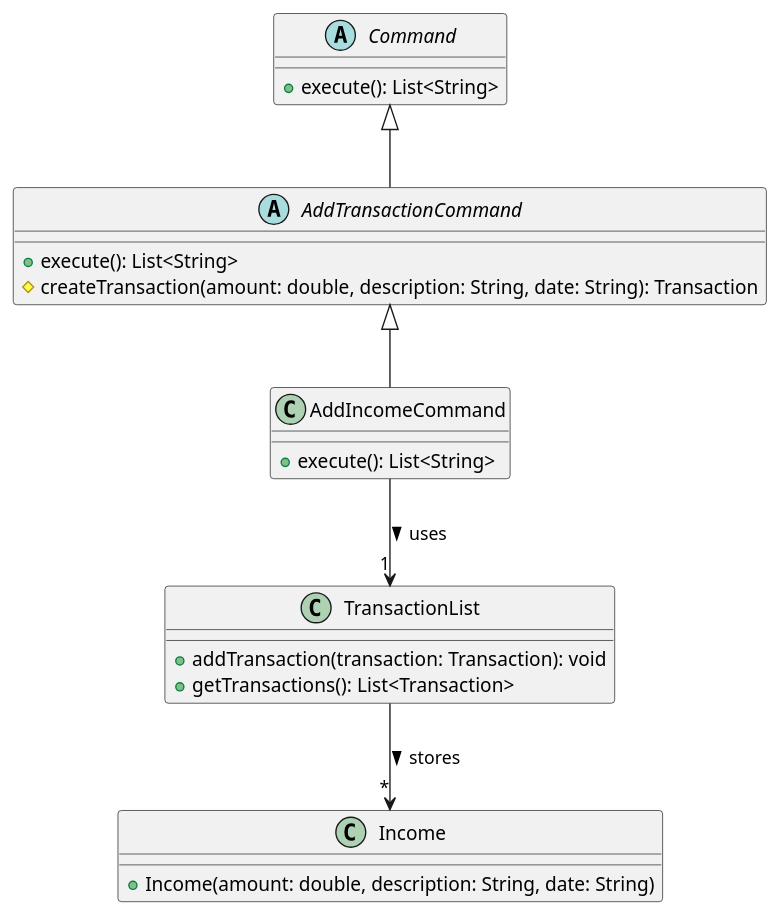
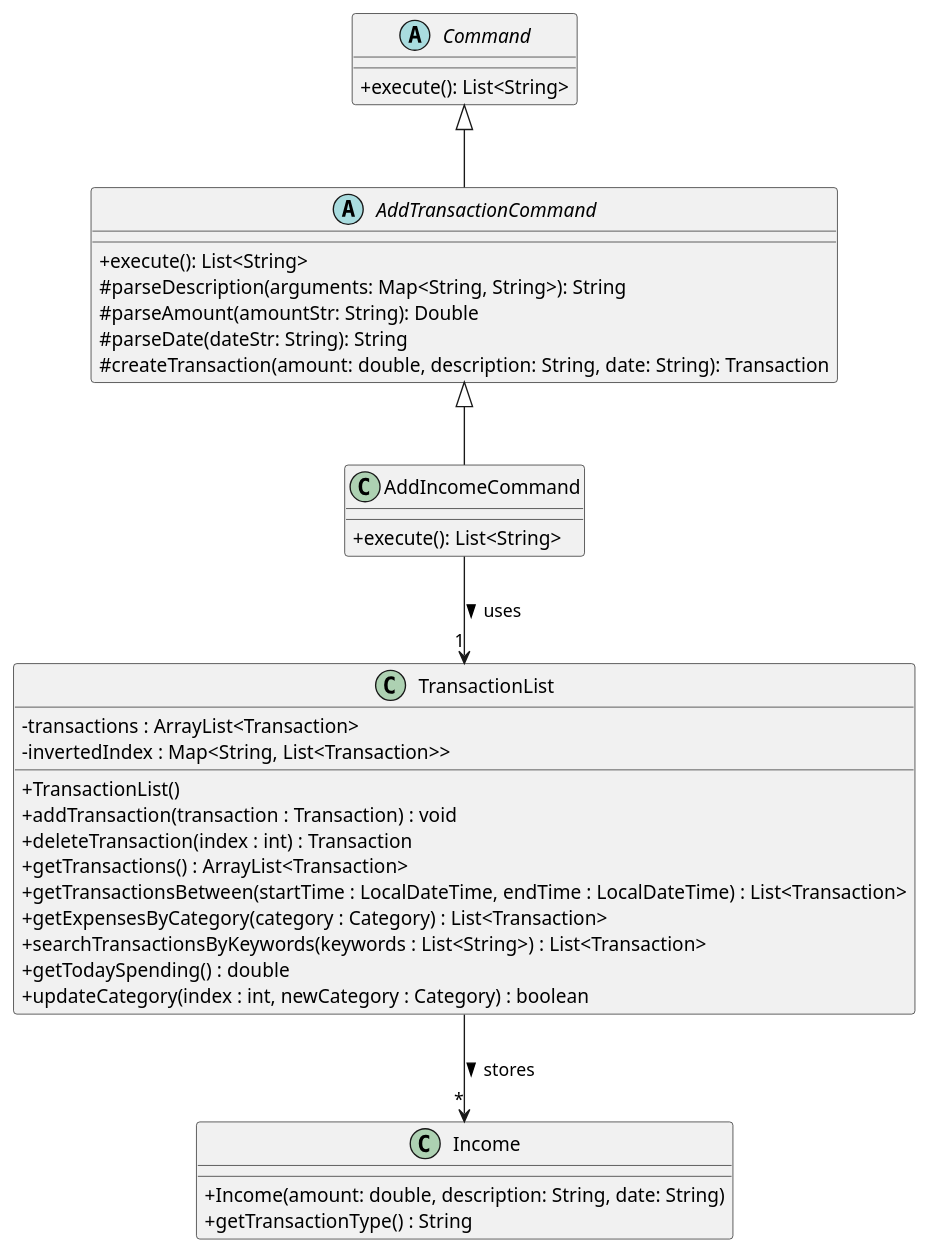
One commit to nus-cs2113-AY2425S1/tp changed the first of 2 diagrams in docs/plantUMLCode/addincomecommand-class-diagram.puml. Above: the diagram before and after it, drawn with PlantUML. The commit also changed 1 other file, not shown here.

Commit message:
Update AddIncomeCommand Class Diagram

```diff
--- a/docs/plantUMLCode/addincomecommand-class-diagram.puml
+++ b/docs/plantUMLCode/addincomecommand-class-diagram.puml
@@ -1,28 +1,44 @@
 @startuml
+skinparam classAttributeIconSize 0
 abstract class Command {
     + execute(): List<String>
 }
 
 abstract class AddTransactionCommand {
+
     + execute(): List<String>
+    # parseDescription(arguments: Map<String, String>): String
+    # parseAmount(amountStr: String): Double
+    # parseDate(dateStr: String): String
     # createTransaction(amount: double, description: String, date: String): Transaction
 }
 
 class AddIncomeCommand {
     + execute(): List<String>
 }
 
 class TransactionList {
-    + addTransaction(transaction: Transaction): void
-    + getTransactions(): List<Transaction>
+    - transactions : ArrayList<Transaction>
+    - invertedIndex : Map<String, List<Transaction>>
+
+    + TransactionList()
+    + addTransaction(transaction : Transaction) : void
+    + deleteTransaction(index : int) : Transaction
+    + getTransactions() : ArrayList<Transaction>
+    + getTransactionsBetween(startTime : LocalDateTime, endTime : LocalDateTime) : List<Transaction>
+    + getExpensesByCategory(category : Category) : List<Transaction>
+    + searchTransactionsByKeywords(keywords : List<String>) : List<Transaction>
+    + getTodaySpending() : double
+    + updateCategory(index : int, newCategory : Category) : boolean
 }
 
 class Income {
     + Income(amount: double, description: String, date: String)
+    + getTransactionType() : String
 }
 
 AddTransactionCommand <|-- AddIncomeCommand
 Command <|-- AddTransactionCommand
 AddIncomeCommand --> "1" TransactionList : uses >
 TransactionList --> "*" Income : stores >
 @enduml
```
